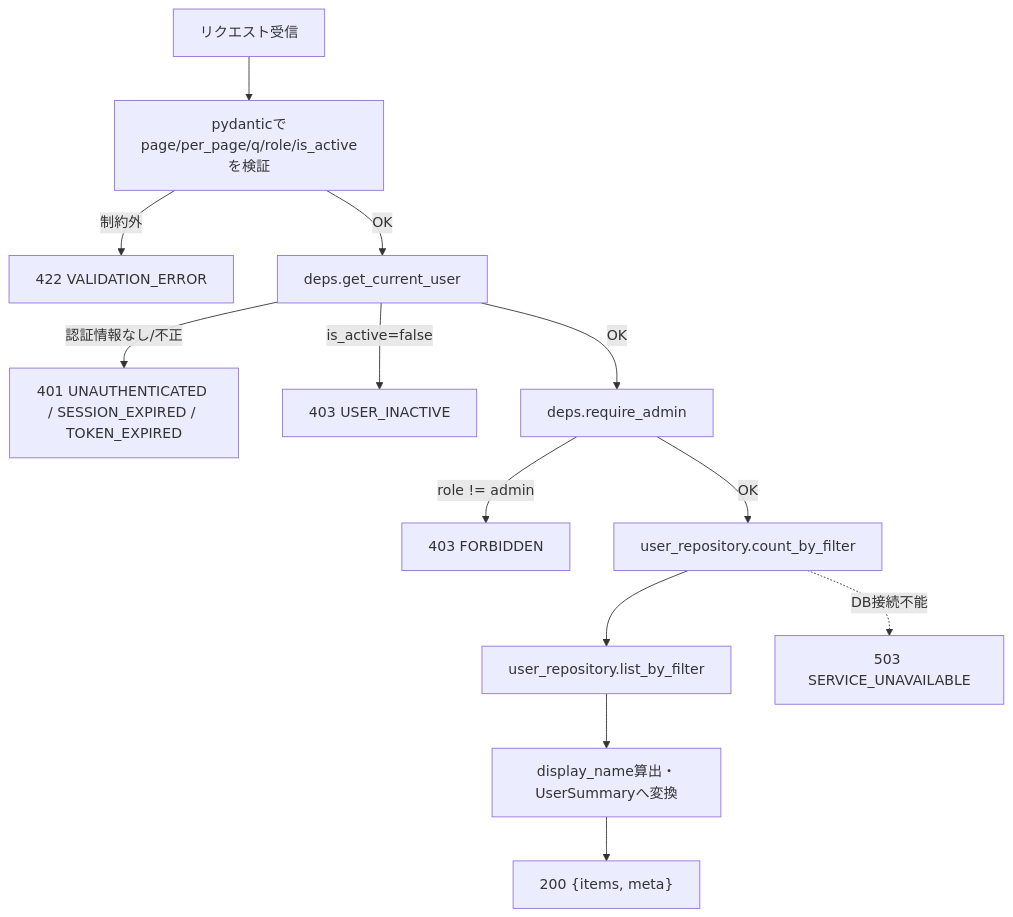
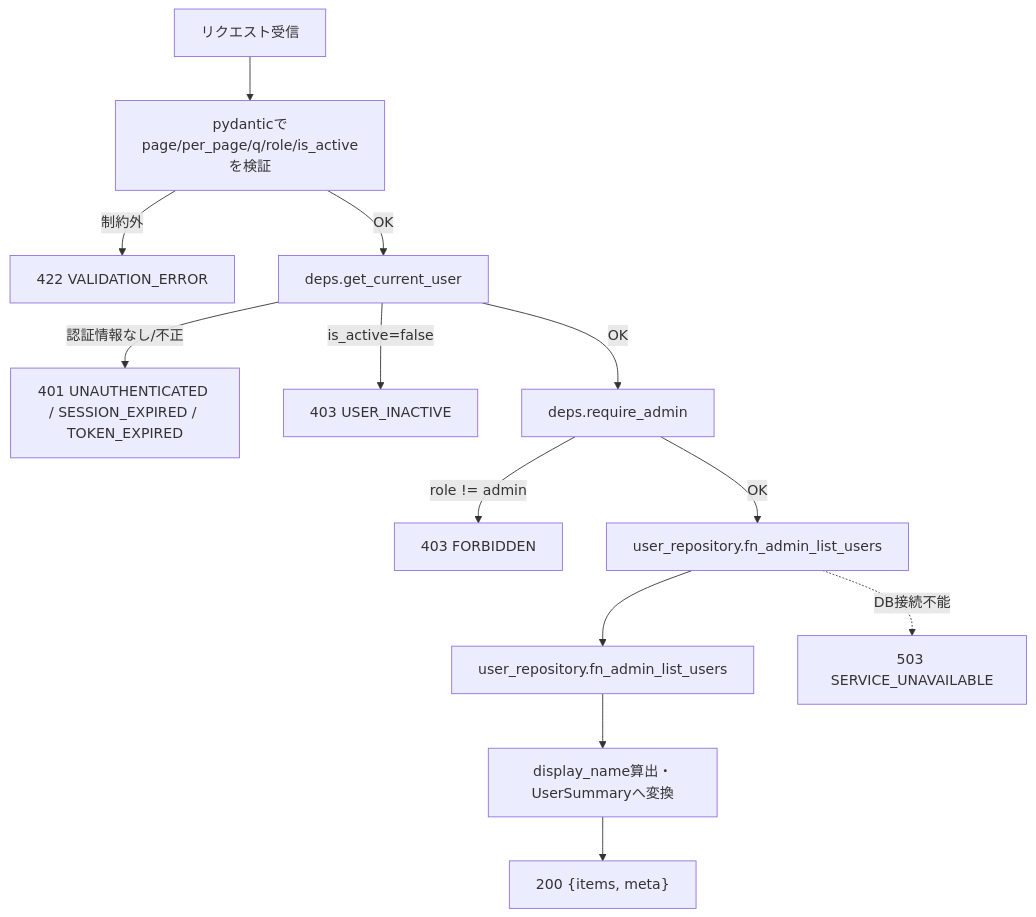
The second of 4 diagrams in detailed_design/api/admin/01_get_admin_users.md (oikawa-d/task_management), drawn with Mermaid before and after one commit. The commit also changed other lines of this file and 58 other files, not shown here.

````diff
--- a/detailed_design/api/admin/01_get_admin_users.md
+++ b/detailed_design/api/admin/01_get_admin_users.md
@@ -130,15 +130,15 @@
 ```mermaid
 flowchart TB
     A["リクエスト受信"] --> B["pydanticでpage/per_page/q/role/is_activeを検証"]
     B -->|"制約外"| B1["422 VALIDATION_ERROR"]
     B -->|"OK"| C["deps.get_current_user"]
     C -->|"認証情報なし/不正"| C1["401 UNAUTHENTICATED / SESSION_EXPIRED / TOKEN_EXPIRED"]
     C -->|"is_active=false"| C2["403 USER_INACTIVE"]
     C -->|"OK"| E["deps.require_admin"]
     E -->|"role != admin"| E1["403 FORBIDDEN"]
-    E -->|"OK"| F["user_repository.count_by_filter"]
-    F --> G["user_repository.list_by_filter"]
+    E -->|"OK"| F["user_repository.fn_admin_list_users"]
+    F --> G["user_repository.fn_admin_list_users"]
     G --> H["display_name算出・UserSummaryへ変換"]
     H --> I["200 {items, meta}"]
     F -.->|"DB接続不能"| J["503 SERVICE_UNAVAILABLE"]
 ```
````
